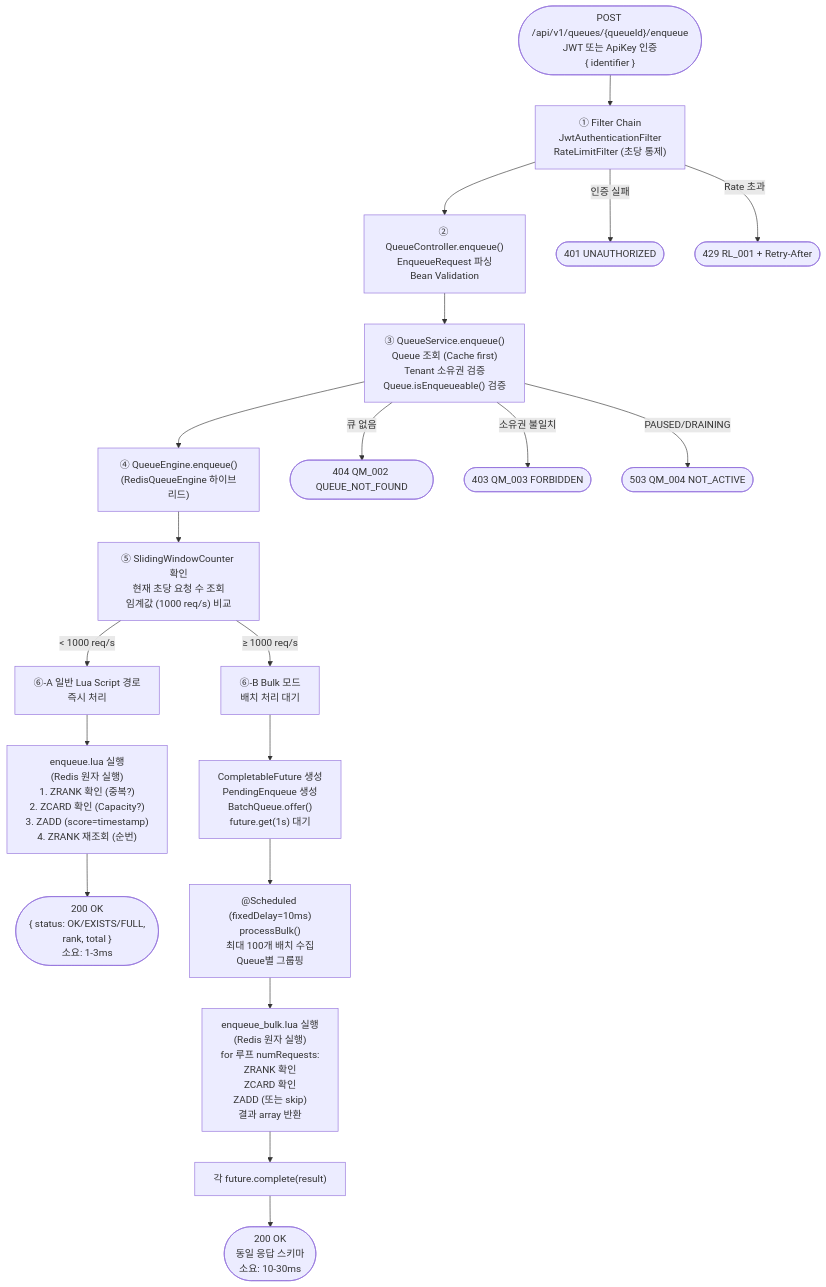
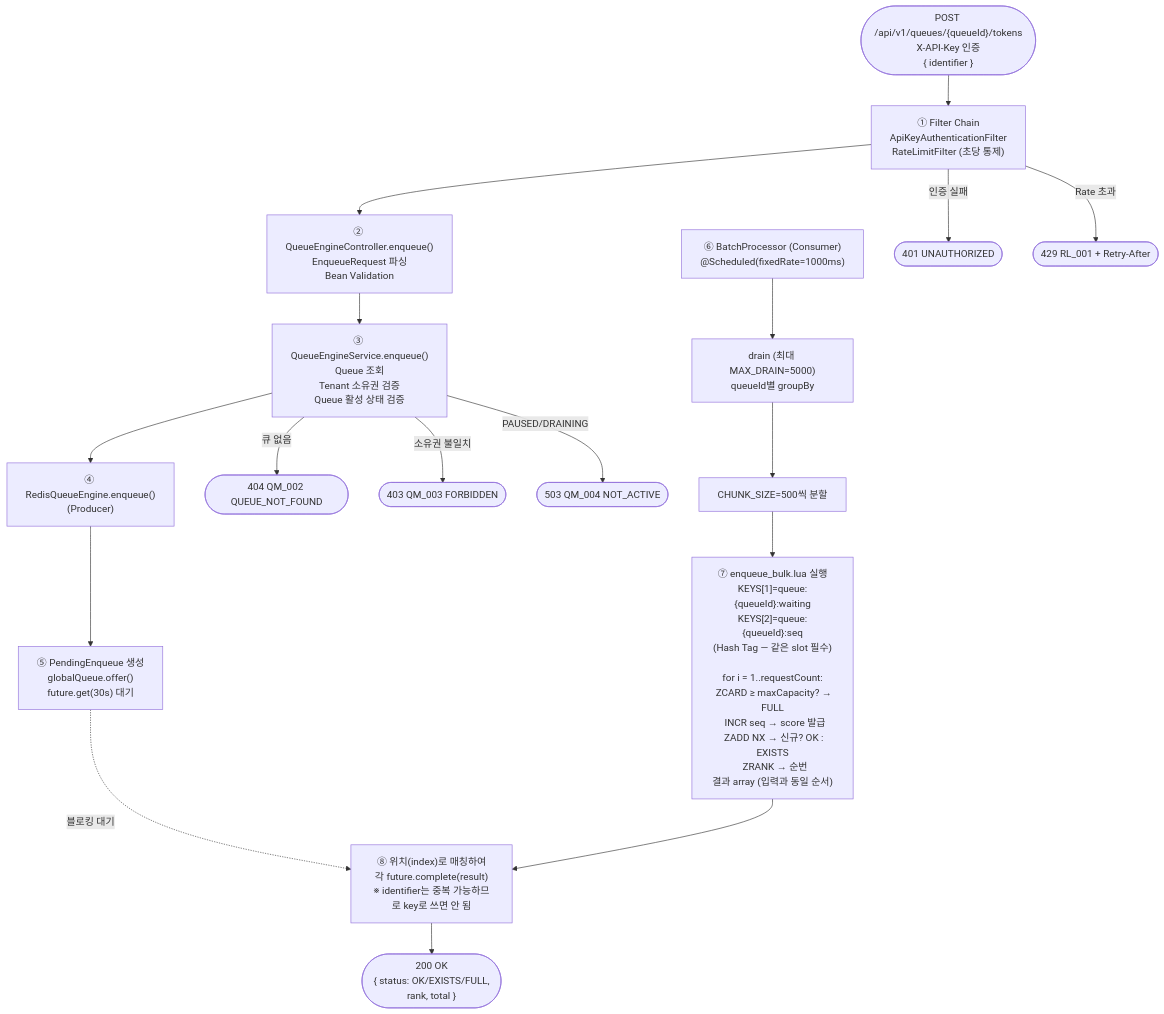
One commit to S-Onix/queue-platform changed the first of 12 diagrams in doc/FLOW.md. Above: the diagram before and after it, drawn with Mermaid. The commit also changed other lines of this file and 5 other files, not shown here.

````diff
--- a/doc/FLOW.md
+++ b/doc/FLOW.md
@@ -17,27 +19,26 @@
 ```mermaid
 flowchart TD
-    START(["POST /api/v1/queues/{queueId}/enqueue\nJWT 또는 ApiKey 인증\n{ identifier }"])
-    --> FILTER["① Filter Chain\nJwtAuthenticationFilter\nRateLimitFilter (초당 통제)"]
-    --> CTRL["② QueueController.enqueue()\nEnqueueRequest 파싱\nBean Validation"]
-    --> SERV["③ QueueService.enqueue()\nQueue 조회 (Cache first)\nTenant 소유권 검증\nQueue.isEnqueueable() 검증"]
-    --> ENG["④ QueueEngine.enqueue()\n(RedisQueueEngine 하이브리드)"]
-    --> COUNT["⑤ SlidingWindowCounter 확인\n현재 초당 요청 수 조회\n임계값 (1000 req/s) 비교"]
+    START(["POST /api/v1/queues/{queueId}/tokens\nX-API-Key 인증\n{ identifier }"])
+    --> FILTER["① Filter Chain\nApiKeyAuthenticationFilter\nRateLimitFilter (초당 통제)"]
+    --> CTRL["② QueueEngineController.enqueue()\nEnqueueRequest 파싱\nBean Validation"]
+    --> SERV["③ QueueEngineService.enqueue()\nQueue 조회\nTenant 소유권 검증\nQueue 활성 상태 검증"]
+    --> ENG["④ RedisQueueEngine.enqueue()\n(Producer)"]
 
-    COUNT -->|"< 1000 req/s"| NORMAL["⑥-A 일반 Lua Script 경로\n즉시 처리"]
-    COUNT -->|"≥ 1000 req/s"| BULK["⑥-B Bulk 모드\n배치 처리 대기"]
+    ENG --> OFFER["⑤ PendingEnqueue 생성\nglobalQueue.offer()\nfuture.get(30s) 대기"]
 
-    NORMAL --> LUA["enqueue.lua 실행\n(Redis 원자 실행)\n1. ZRANK 확인 (중복?)\n2. ZCARD 확인 (Capacity?)\n3. ZADD (score=timestamp)\n4. ZRANK 재조회 (순번)"]
-    LUA --> OK1(["200 OK\n{ status: OK/EXISTS/FULL,\n  rank, total }\n소요: 1-3ms"])
+    OFFER -.->|"블로킹 대기"| COMPLETE
 
-    BULK --> FUTURE["CompletableFuture 생성\nPendingEnqueue 생성\nBatchQueue.offer()\nfuture.get(1s) 대기"]
-    FUTURE --> SCHED["@Scheduled (fixedDelay=10ms)\nprocessBulk()\n최대 100개 배치 수집\nQueue별 그룹핑"]
-    SCHED --> BULKLUA["enqueue_bulk.lua 실행\n(Redis 원자 실행)\nfor 루프 numRequests:\n  ZRANK 확인\n  ZCARD 확인\n  ZADD (또는 skip)\n결과 array 반환"]
-    BULKLUA --> COMPLETE["각 future.complete(result)"]
-    COMPLETE --> OK2(["200 OK\n동일 응답 스키마\n소요: 10-30ms"])
+    SCHED["⑥ BatchProcessor (Consumer)\n@Scheduled(fixedRate=1000ms)"]
+    --> DRAIN["drain (최대 MAX_DRAIN=5000)\nqueueId별 groupBy"]
+    --> CHUNK["CHUNK_SIZE=500씩 분할"]
+    --> BULKLUA["⑦ enqueue_bulk.lua 실행\nKEYS[1]=queue:{queueId}:waiting\nKEYS[2]=queue:{queueId}:seq\n(Hash Tag — 같은 slot 필수)\n\nfor i = 1..requestCount:\n  ZCARD ≥ maxCapacity? → FULL\n  INCR seq → score 발급\n  ZADD NX → 신규? OK : EXISTS\n  ZRANK → 순번\n결과 array (입력과 동일 순서)"]
+    --> COMPLETE["⑧ 위치(index)로 매칭하여\n각 future.complete(result)\n※ identifier는 중복 가능하므로 key로 쓰면 안 됨"]
+
+    COMPLETE --> OK(["200 OK\n{ status: OK/EXISTS/FULL,\n  rank, total }"])
 
     FILTER -->|"인증 실패"| E401(["401 UNAUTHORIZED"])
     FILTER -->|"Rate 초과"| E429(["429 RL_001 + Retry-After"])
     SERV -->|"큐 없음"| E404(["404 QM_002 QUEUE_NOT_FOUND"])
     SERV -->|"소유권 불일치"| E403(["403 QM_003 FORBIDDEN"])
     SERV -->|"PAUSED/DRAINING"| E503(["503 QM_004 NOT_ACTIVE"])
 ```
````
